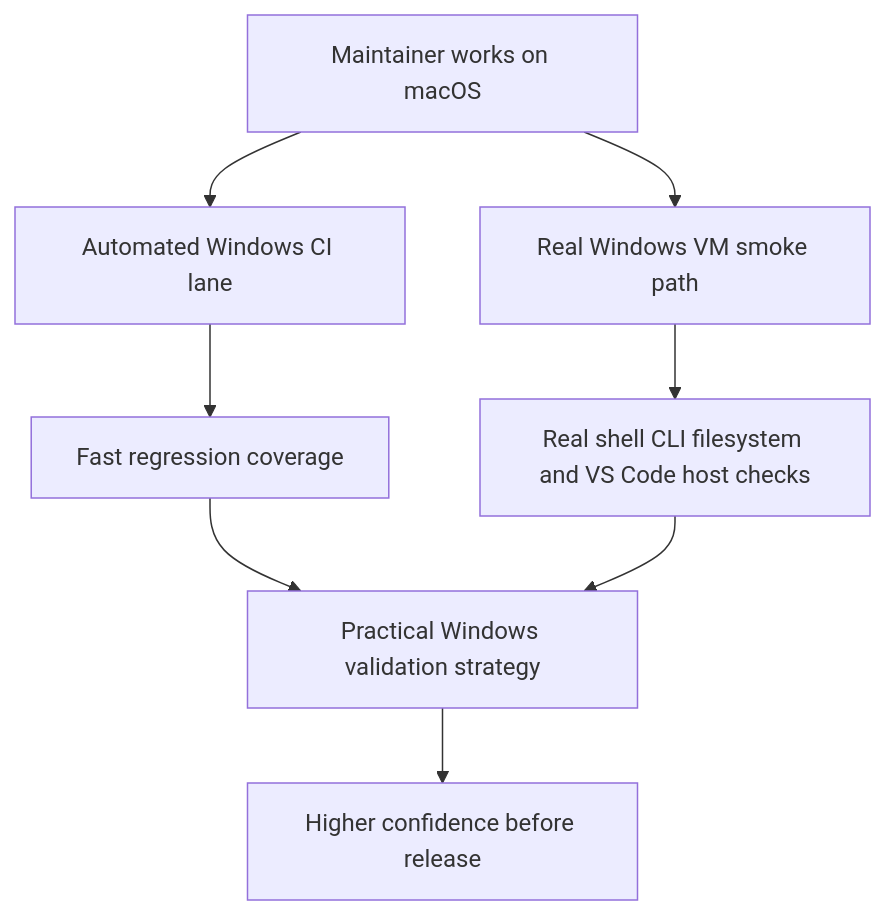
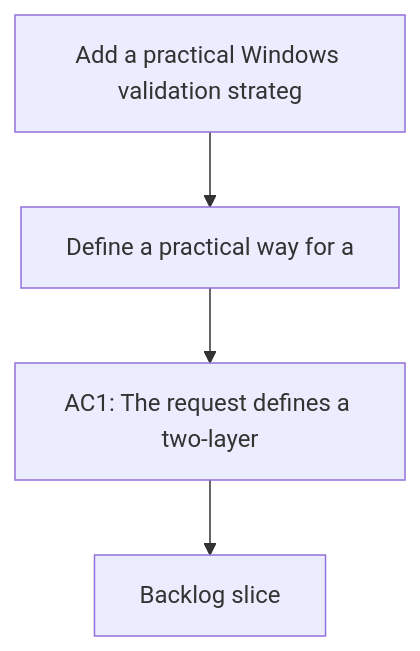
One commit to AlexAgo83/logics-manager changed the diagram in logics/request/req_064_add_a_practical_windows_validation_strategy_from_macos_for_the_vs_code_plugin_and_logics_kit.md. Above: the diagram before and after it, drawn with Mermaid. The commit also changed 481 other files, not shown here.

````diff
--- a/logics/request/req_064_add_a_practical_windows_validation_strategy_from_macos_for_the_vs_code_plugin_and_logics_kit.md
+++ b/logics/request/req_064_add_a_practical_windows_validation_strategy_from_macos_for_the_vs_code_plugin_and_logics_kit.md
@@ -47,12 +47,8 @@
 ```mermaid
 %% logics-kind: request
 %% logics-signature: request|add-a-practical-windows-validation-strat|define-a-practical-way-for-a|ac1-the-request-defines-a-two-layer
 flowchart TD
-    Maintainer[Maintainer works on macOS] --> CI[Automated Windows CI lane]
-    Maintainer --> VM[Real Windows VM smoke path]
-    CI --> Coverage[Fast regression coverage]
-    VM --> Reality[Real shell CLI filesystem and VS Code host checks]
-    Coverage --> Strategy[Practical Windows validation strategy]
-    Reality --> Strategy
-    Strategy --> Outcome[Higher confidence before release]
+    Trigger[Add a practical Windows validation strateg] --> Need[Define a practical way for a]
+    Need --> Outcome[AC1: The request defines a two-layer]
+    Outcome --> Backlog[Backlog slice]
 ```
````
